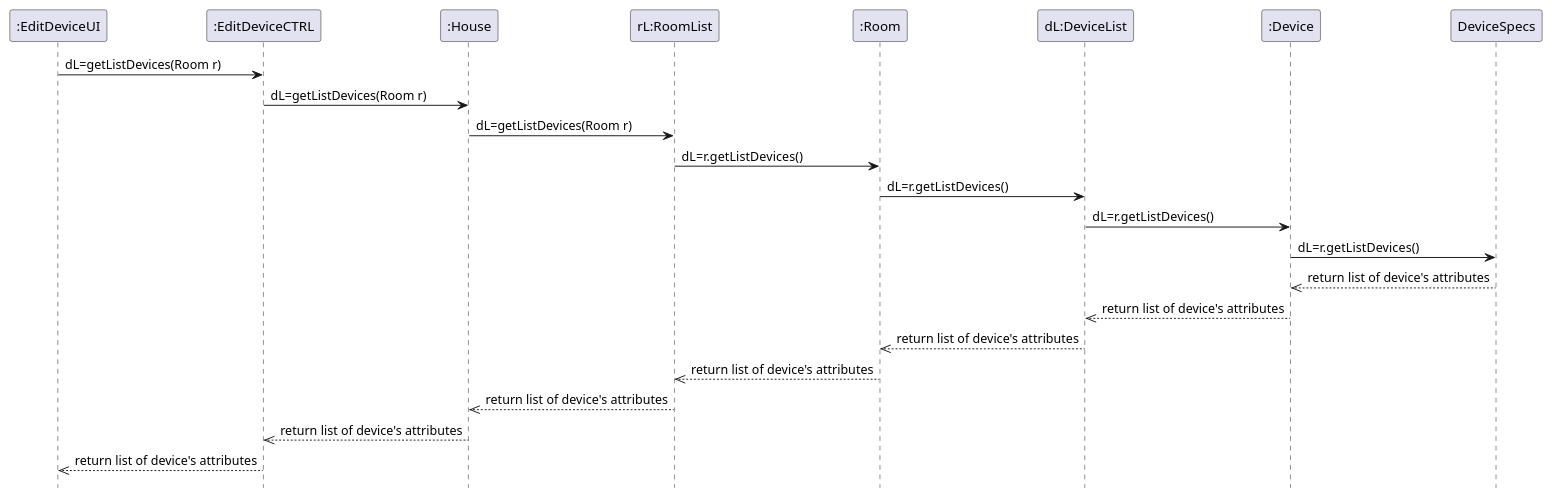
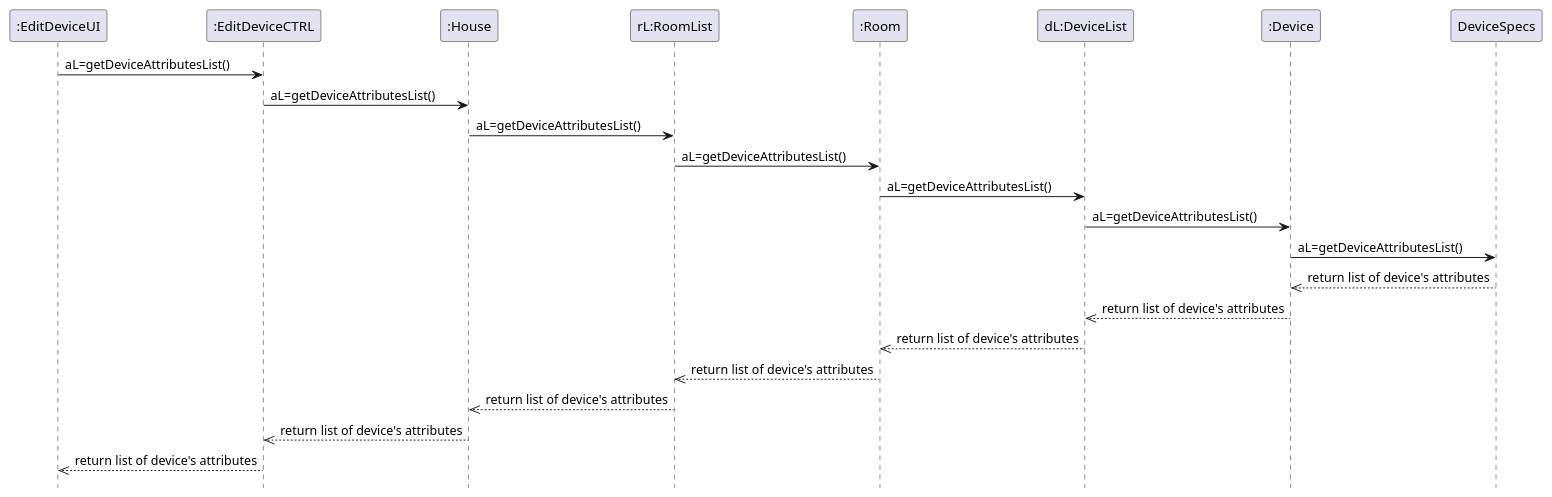
Before and after one commit to emanuel-pereira/hou: the diagram in src/main/java/smarthome/uml/sequencediagrams/EditDeviceSequenceRef2.puml, drawn with PlantUML.

Commit message:
Correction of EditDevice Sequence Diagram

```diff
--- a/src/main/java/smarthome/uml/sequencediagrams/EditDeviceSequenceRef2.puml
+++ b/src/main/java/smarthome/uml/sequencediagrams/EditDeviceSequenceRef2.puml
@@ -1,20 +1,20 @@
 @startuml
 hidefootbox
 
-":EditDeviceUI" -> ":EditDeviceCTRL": dL=getListDevices(Room r)
-":EditDeviceCTRL" -> ":House": dL=getListDevices(Room r)
-":House" -> "rL:RoomList": dL=getListDevices(Room r)
-"rL:RoomList" -> ":Room": dL=r.getListDevices()
-":Room" -> "dL:DeviceList": dL=r.getListDevices()
-"dL:DeviceList" -> ":Device": dL=r.getListDevices()
-":Device" -> "DeviceSpecs": dL=r.getListDevices()
+":EditDeviceUI" -> ":EditDeviceCTRL": aL=getDeviceAttributesList()
+":EditDeviceCTRL" -> ":House": aL=getDeviceAttributesList()
+":House" -> "rL:RoomList": aL=getDeviceAttributesList()
+"rL:RoomList" -> ":Room": aL=getDeviceAttributesList()
+":Room" -> "dL:DeviceList": aL=getDeviceAttributesList()
+"dL:DeviceList" -> ":Device": aL=getDeviceAttributesList()
+":Device" -> "DeviceSpecs": aL=getDeviceAttributesList()
 
 "DeviceSpecs" -->> ":Device": return list of device's attributes
 ":Device" -->>  "dL:DeviceList":return list of device's attributes
 "dL:DeviceList" -->> ":Room":return list of device's attributes
 ":Room" -->> "rL:RoomList":return list of device's attributes
 "rL:RoomList" -->> ":House":return list of device's attributes
 ":House" -->> ":EditDeviceCTRL":return list of device's attributes
 ":EditDeviceCTRL" -->> ":EditDeviceUI":return list of device's attributes
 
 @enduml
```
